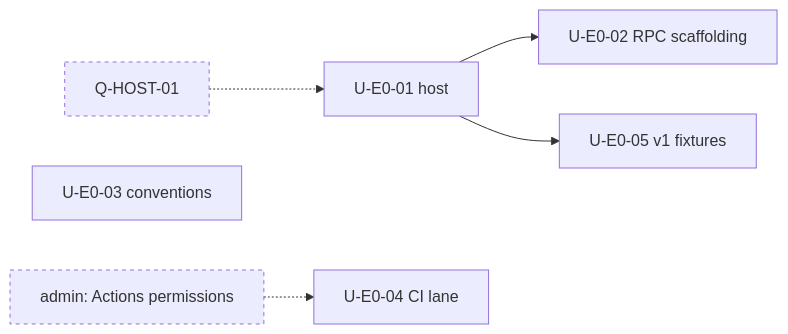
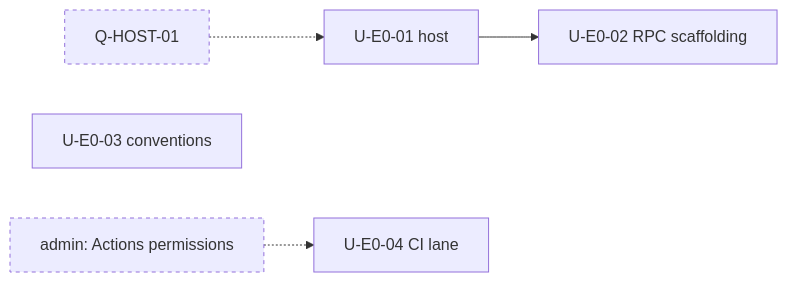
One commit to Kilo-Org/kilocode changed the third of 15 diagrams in migration-tracking/plans/kilo-v2-migration-plan.md. Above: the diagram before and after it, drawn with Mermaid. The commit also changed other lines of this file and 13 other files, not shown here.

````diff
--- a/migration-tracking/plans/kilo-v2-migration-plan.md
+++ b/migration-tracking/plans/kilo-v2-migration-plan.md
@@ -442,9 +440,8 @@
 ```mermaid
 flowchart LR
   HQ["Q-HOST-01"]:::ext -.-> E0_01["U-E0-01 host"]
   E0_01 --> E0_02["U-E0-02 RPC scaffolding"]
-  E0_01 --> E0_05["U-E0-05 v1 fixtures"]
   E0_03["U-E0-03 conventions"]
   ADM["admin: Actions permissions"]:::ext -.-> E0_04["U-E0-04 CI lane"]
   classDef ext stroke-dasharray: 4 4
 ```
````
